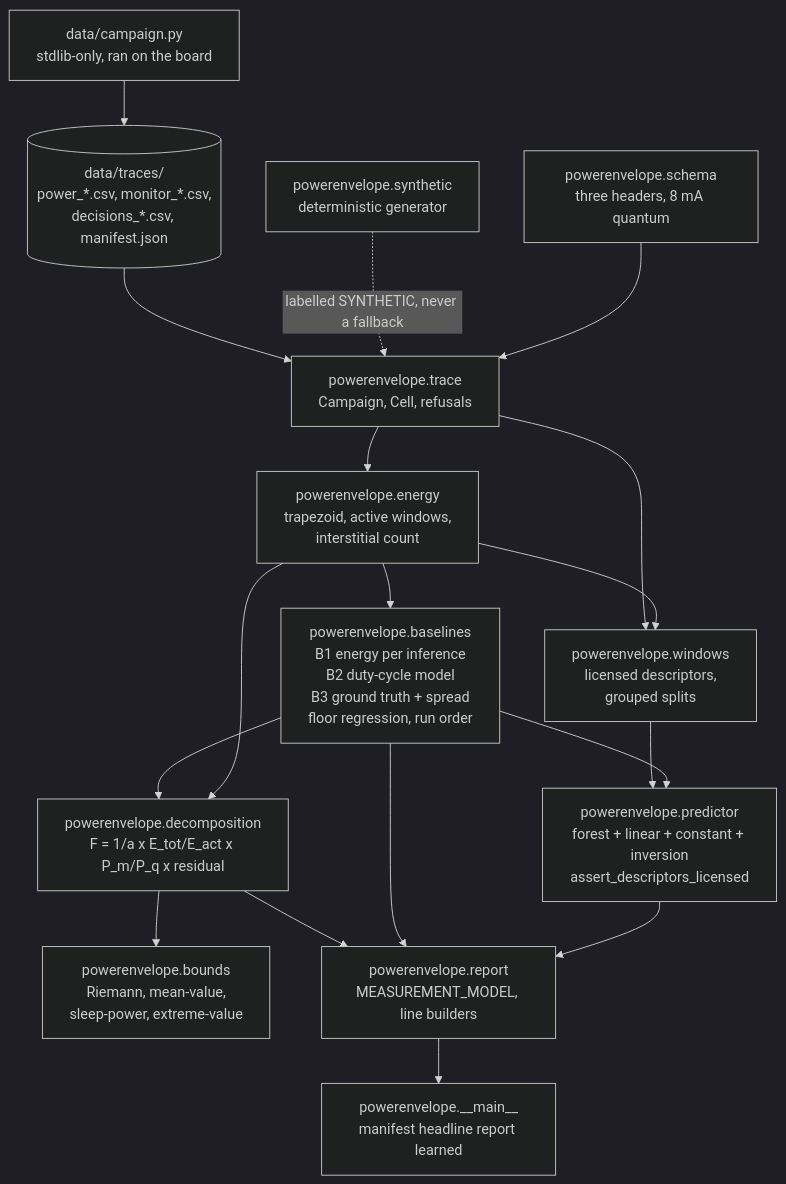
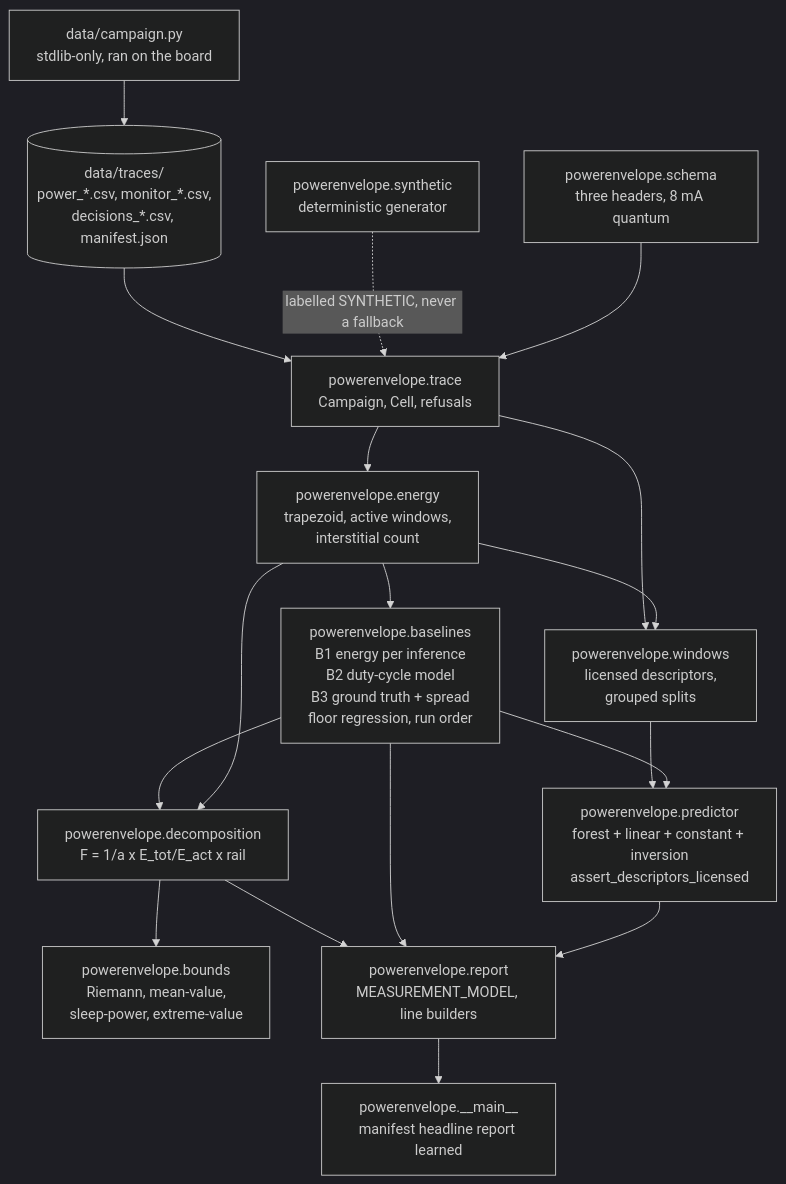
Before and after one commit to OmAcharya-avtr/aerospace-100-mission: the diagram in products/P093/README.md, drawn with Mermaid (dark theme). The commit also changed other lines of this file and 52 other files, not shown here.

````diff
--- a/products/P093/README.md
+++ b/products/P093/README.md
@@ -251,34 +291,34 @@
 ```mermaid
 flowchart TD
     campaign["data/campaign.py<br/>stdlib-only, ran on the board"]
     traces[("data/traces/<br/>power_*.csv, monitor_*.csv,<br/>decisions_*.csv, manifest.json")]
     synth["powerenvelope.synthetic<br/>deterministic generator"]
     schema["powerenvelope.schema<br/>three headers, 8 mA quantum"]
     trace["powerenvelope.trace<br/>Campaign, Cell, refusals"]
     energy["powerenvelope.energy<br/>trapezoid, active windows,<br/>interstitial count"]
     baselines["powerenvelope.baselines<br/>B1 energy per inference<br/>B2 duty-cycle model<br/>B3 ground truth + spread<br/>floor regression, run order"]
-    decomp["powerenvelope.decomposition<br/>F = 1/a x E_tot/E_act x P_m/P_q x residual"]
+    decomp["powerenvelope.decomposition<br/>F = 1/a x E_tot/E_act x rail"]
     bounds["powerenvelope.bounds<br/>Riemann, mean-value,<br/>sleep-power, extreme-value"]
     windows["powerenvelope.windows<br/>licensed descriptors,<br/>grouped splits"]
     predictor["powerenvelope.predictor<br/>forest + linear + constant + inversion<br/>assert_descriptors_licensed"]
     report["powerenvelope.report<br/>MEASUREMENT_MODEL, line builders"]
     cli["powerenvelope.__main__<br/>manifest headline report learned"]
 
     campaign --> traces
     traces --> trace
     synth -. "labelled SYNTHETIC, never a fallback" .-> trace
     schema --> trace
     trace --> energy
     energy --> baselines
     baselines --> decomp
     energy --> decomp
     decomp --> bounds
     trace --> windows
     energy --> windows
     windows --> predictor
     baselines --> predictor
     decomp --> report
     baselines --> report
     predictor --> report
     report --> cli
 ```
````
